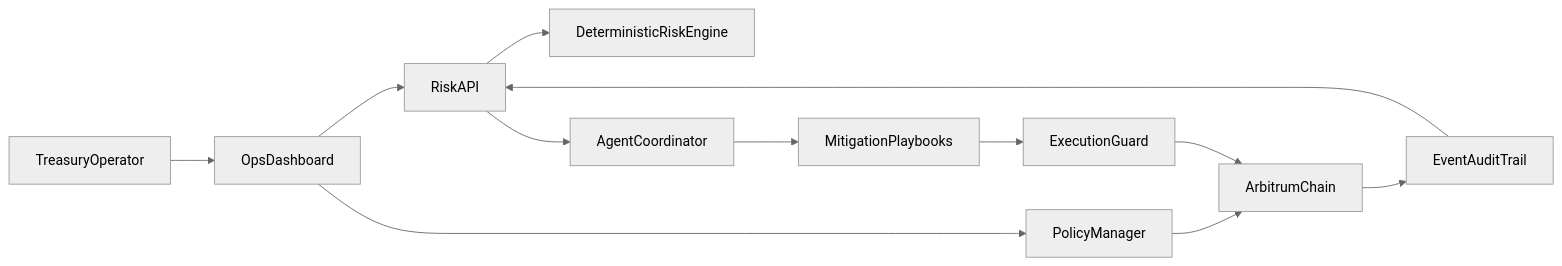
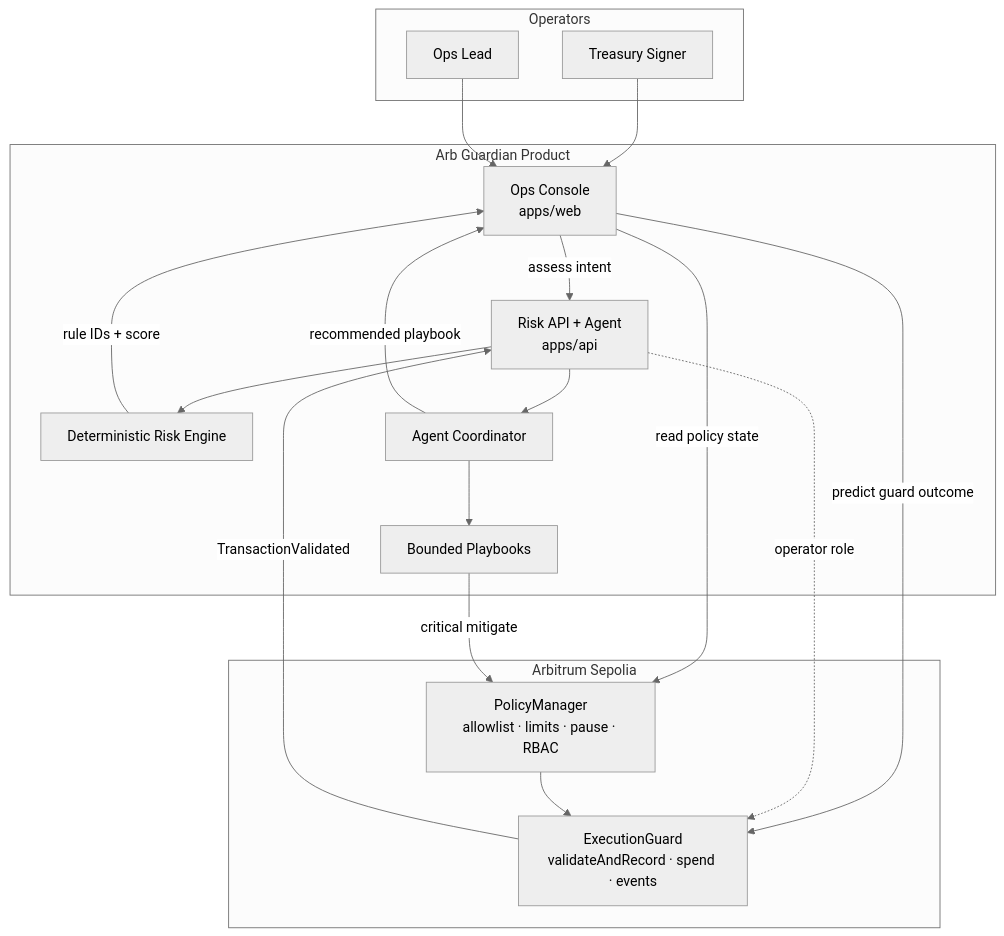
Before and after one commit to thesithunyein/arb-guardian: the first of 3 diagrams in README.md, drawn with Mermaid (neutral theme). The commit also changed other lines of this file and 37 other files, not shown here.

Commit message:
Ship launch-ready product: live Sepolia proof, onchain console, winner README.

````diff
--- a/README.md
+++ b/README.md
@@ -34,14 +56,35 @@
 ```mermaid
-flowchart LR
-  operator[TreasuryOperator] --> dashboard[OpsDashboard]
-  dashboard --> api[RiskAPI]
-  api --> rules[DeterministicRiskEngine]
-  api --> agent[AgentCoordinator]
-  agent --> playbooks[MitigationPlaybooks]
-  playbooks --> guard[ExecutionGuard]
-  dashboard --> policy[PolicyManager]
-  policy --> arb[ArbitrumChain]
-  guard --> arb
-  arb --> events[EventAuditTrail]
-  events --> api
+flowchart TB
+  subgraph Operators
+    signer[Treasury Signer]
+    ops[Ops Lead]
+  end
+
+  subgraph Product["Arb Guardian Product"]
+    ui[Ops Console<br/>apps/web]
+    api[Risk API + Agent<br/>apps/api]
+    engine[Deterministic Risk Engine]
+    agent[Agent Coordinator]
+    playbooks[Bounded Playbooks]
+  end
+
+  subgraph Onchain["Arbitrum Sepolia"]
+    policy[PolicyManager<br/>allowlist · limits · pause · RBAC]
+    guard[ExecutionGuard<br/>validateAndRecord · spend · events]
+  end
+
+  signer --> ui
+  ops --> ui
+  ui -->|assess intent| api
+  ui -->|read policy state| policy
+  ui -->|predict guard outcome| guard
+  api --> engine
+  api --> agent
+  agent --> playbooks
+  playbooks -->|critical mitigate| policy
+  engine -->|rule IDs + score| ui
+  agent -->|recommended playbook| ui
+  api -.->|operator role| guard
+  policy --> guard
+  guard -->|TransactionValidated| api
 ```
````
